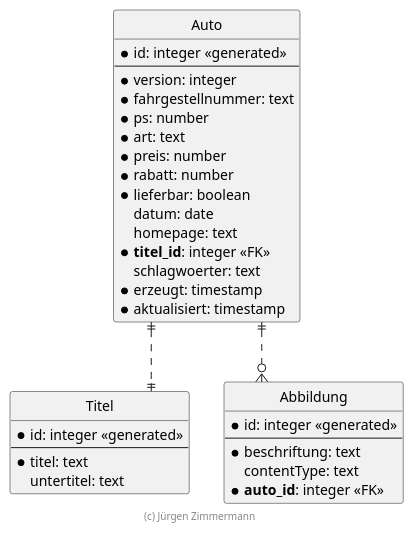
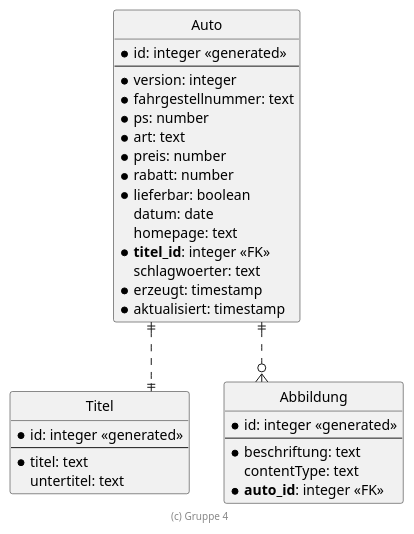
One commit to dominikwipfler/swe changed the diagram in .extras/doc/projekthandbuch/ER-Diagramm.plantuml. Above: the diagram before and after it, drawn with PlantUML. The commit also changed other lines of this file and 14 other files, not shown here.

Commit message:
UML Diagramme angepasst

```diff
--- a/.extras/doc/projekthandbuch/ER-Diagramm.plantuml
+++ b/.extras/doc/projekthandbuch/ER-Diagramm.plantuml
@@ -18,47 +18,47 @@
 @startuml ER Diagramm
 
 ' hide the spot
 hide circle
 
 ' evtl. Prbleme mit Kraehenfuessen vermeiden
 skinparam linetype ortho
 
 entity "Auto" {
   * id: integer <<generated>>
   --
   * version: integer
   * fahrgestellnummer: text
   * ps: number
   * art: text
   * preis: number
   * rabatt: number
   * lieferbar: boolean
     datum: date
     homepage: text
   * **titel_id**: integer <<FK>>
     schlagwoerter: text
   * erzeugt: timestamp
   * aktualisiert: timestamp
 }
 
 entity "Titel" {
   * id: integer <<generated>>
   --
   * titel: text
     untertitel: text
 }
 
 entity "Abbildung" {
   * id: integer <<generated>>
   --
   * beschriftung: text
     contentType: text
   * **auto_id**: integer <<FK>>
 }
 
 Auto ||..|| Titel
 Auto ||..o{ Abbildung
 
-footer (c) Jürgen Zimmermann
+footer (c) Gruppe 4
 
 @enduml
```
